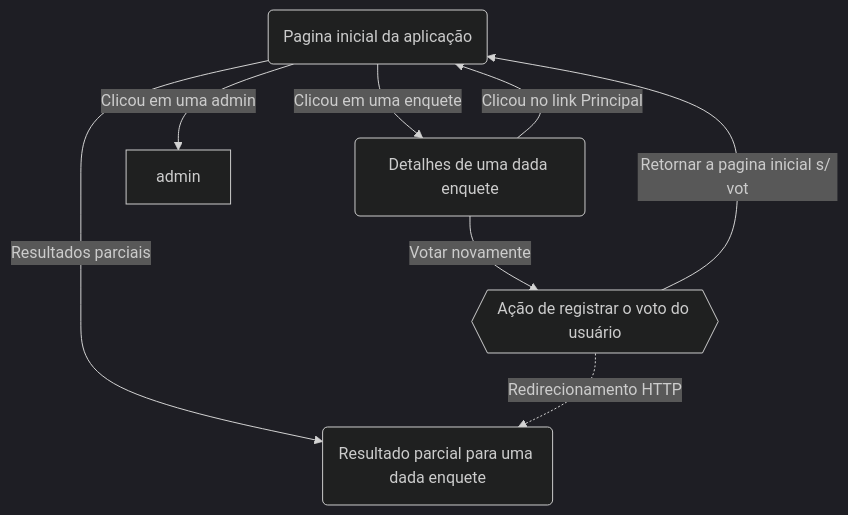
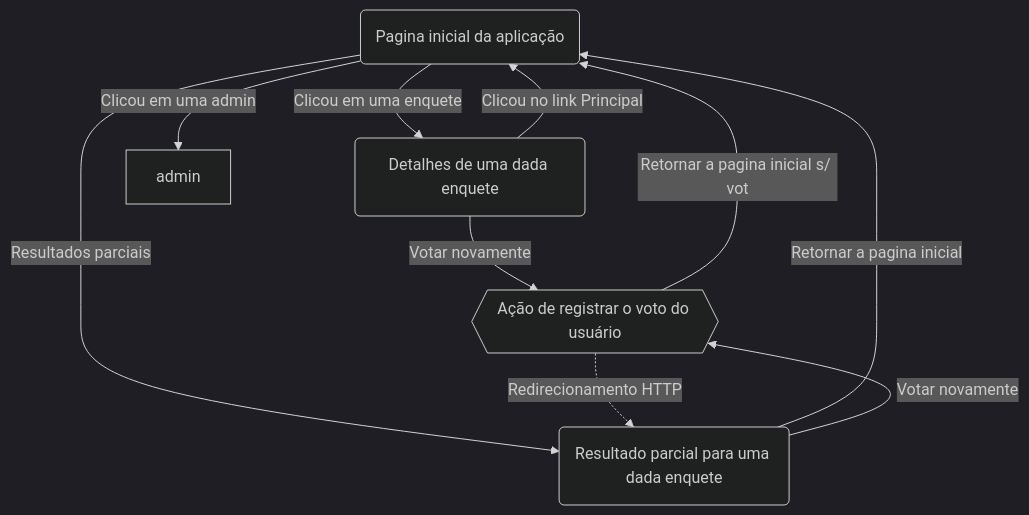
One commit to Fingoon/dsweb2022.1 changed the diagram in docs/mapa_do_site.md. Above: the diagram before and after it, drawn with Mermaid (dark theme).

````diff
--- a/docs/mapa_do_site.md
+++ b/docs/mapa_do_site.md
@@ -5,14 +5,16 @@
 ```mermaid
 flowchart TD
   index(Pagina inicial da aplicação)
   detail(Detalhes de uma dada enquete)
   vote{{Ação de registrar o voto do usuário}}
   results(Resultado parcial para uma dada enquete)
   index -- Clicou em uma enquete--> detail
   index -- Clicou em uma admin--> admin
   index -- Resultados parciais--> results
   detail -- Clicou no link Principal--> index
   detail -- Votar novamente--> vote
   vote -. Redirecionamento HTTP .-> results
   vote --Retornar a pagina inicial s/ voto--> index
+  results --Retornar a pagina inicial-->index
+  results --Votar novamente-->vote
 ```
````
